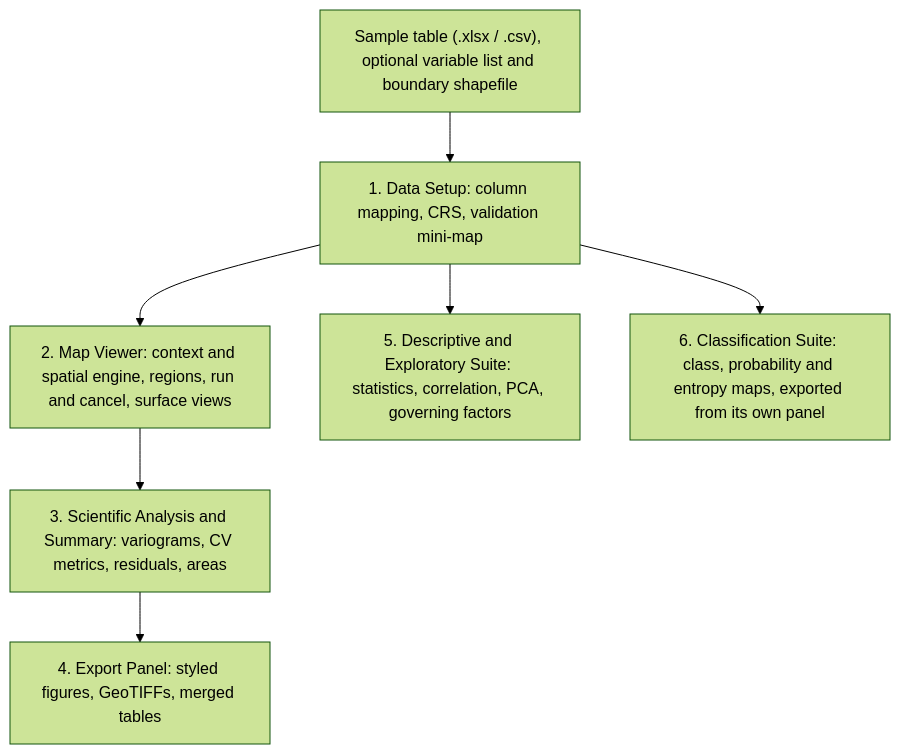
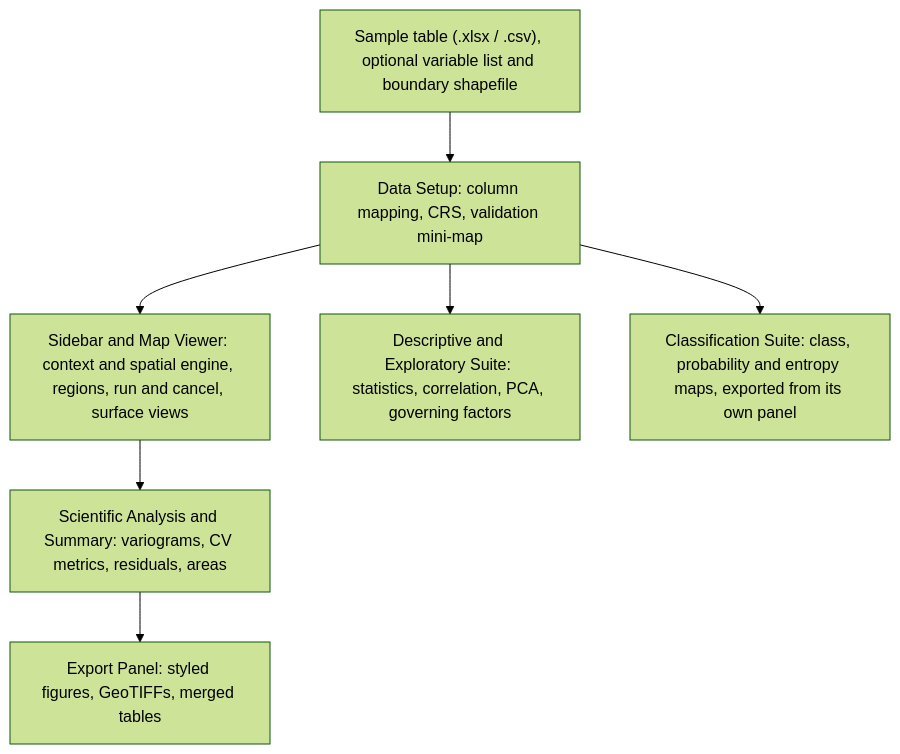
Before and after one commit to rserdarkara-hash/monolith: the diagram in README.md, drawn with Mermaid (forest theme). The commit also changed other lines of this file, not shown here.

````diff
--- a/README.md
+++ b/README.md
@@ -71,12 +71,12 @@
 ```mermaid
 flowchart TD
     U["Sample table (.xlsx / .csv), optional variable list and boundary shapefile"] --> T1
-    T1["1. Data Setup: column mapping, CRS, validation mini-map"] --> T2
+    T1["Data Setup: column mapping, CRS, validation mini-map"] --> T2
     T1 --> T5
     T1 --> T6
-    T2["2. Map Viewer: context and spatial engine, regions, run and cancel, surface views"] --> T3
-    T3["3. Scientific Analysis and Summary: variograms, CV metrics, residuals, areas"] --> T4
-    T4["4. Export Panel: styled figures, GeoTIFFs, merged tables"]
-    T5["5. Descriptive and Exploratory Suite: statistics, correlation, PCA, governing factors"]
-    T6["6. Classification Suite: class, probability and entropy maps, exported from its own panel"]
+    T2["Sidebar and Map Viewer: context and spatial engine, regions, run and cancel, surface views"] --> T3
+    T3["Scientific Analysis and Summary: variograms, CV metrics, residuals, areas"] --> T4
+    T4["Export Panel: styled figures, GeoTIFFs, merged tables"]
+    T5["Descriptive and Exploratory Suite: statistics, correlation, PCA, governing factors"]
+    T6["Classification Suite: class, probability and entropy maps, exported from its own panel"]
 ```
````
